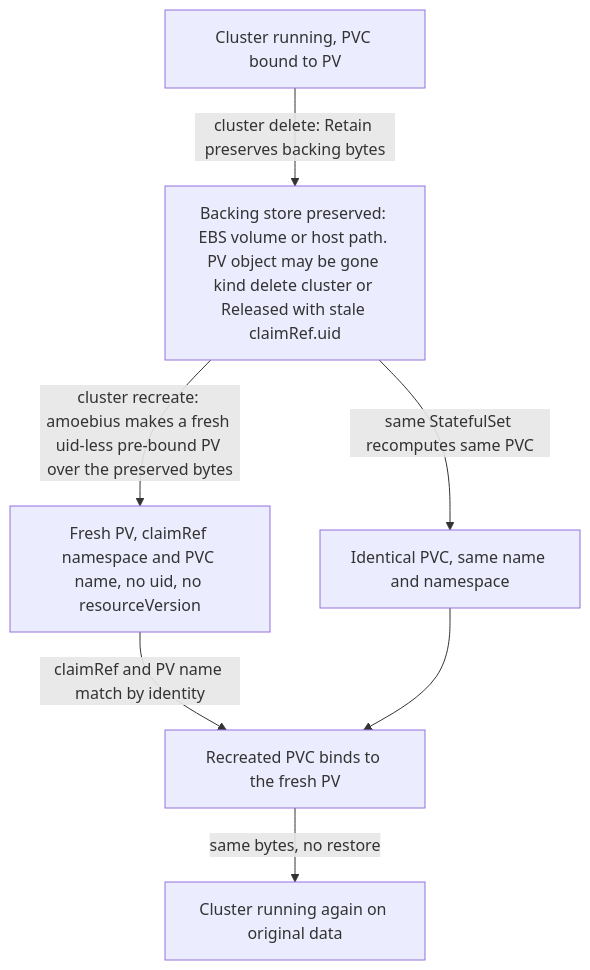
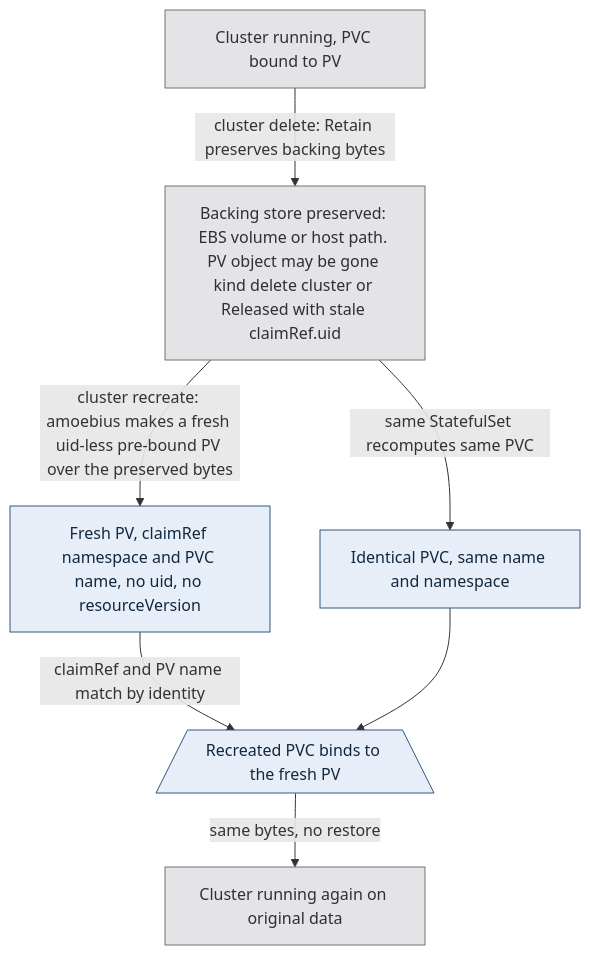
One commit to Tuee22/amoebius changed the second of 2 diagrams in documents/engineering/storage_lifecycle_doctrine.md. Above: the diagram before and after it, drawn with Mermaid. The commit also changed other lines of this file and 36 other files, not shown here.

````diff
--- a/documents/engineering/storage_lifecycle_doctrine.md
+++ b/documents/engineering/storage_lifecycle_doctrine.md
@@ -418,9 +424,11 @@
 ```mermaid
 flowchart TD
-  run1[Cluster running, PVC bound to PV] -->|cluster delete: Retain preserves backing bytes| retained[Backing store preserved: EBS volume or host path. PV object may be gone kind delete cluster or Released with stale claimRef.uid]
-  retained -->|cluster recreate: amoebius makes a fresh uid-less pre-bound PV over the preserved bytes| freshpv[Fresh PV, claimRef namespace and PVC name, no uid, no resourceVersion]
-  retained -->|same StatefulSet recomputes same PVC| pvc2[Identical PVC, same name and namespace]
-  freshpv -->|claimRef and PV name match by identity| rebind[Recreated PVC binds to the fresh PV]
+  run1[Cluster running, PVC bound to PV]:::runtime -->|cluster delete: Retain preserves backing bytes| retained[Backing store preserved: EBS volume or host path. PV object may be gone kind delete cluster or Released with stale claimRef.uid]:::runtime
+  retained -->|cluster recreate: amoebius makes a fresh uid-less pre-bound PV over the preserved bytes| freshpv[Fresh PV, claimRef namespace and PVC name, no uid, no resourceVersion]:::intent
+  retained -->|same StatefulSet recomputes same PVC| pvc2[Identical PVC, same name and namespace]:::intent
+  freshpv -->|claimRef and PV name match by identity| rebind[/Recreated PVC binds to the fresh PV\]:::intent
   pvc2 --> rebind
-  rebind -->|same bytes, no restore| run2[Cluster running again on original data]
+  rebind -->|same bytes, no restore| run2[Cluster running again on original data]:::runtime
+  classDef intent   fill:#e8eef7,stroke:#33587a,color:#12283f,stroke-width:1px
+  classDef runtime  fill:#e4e4e7,stroke:#71717a,color:#2f2f35,stroke-width:1px
 ```
````
